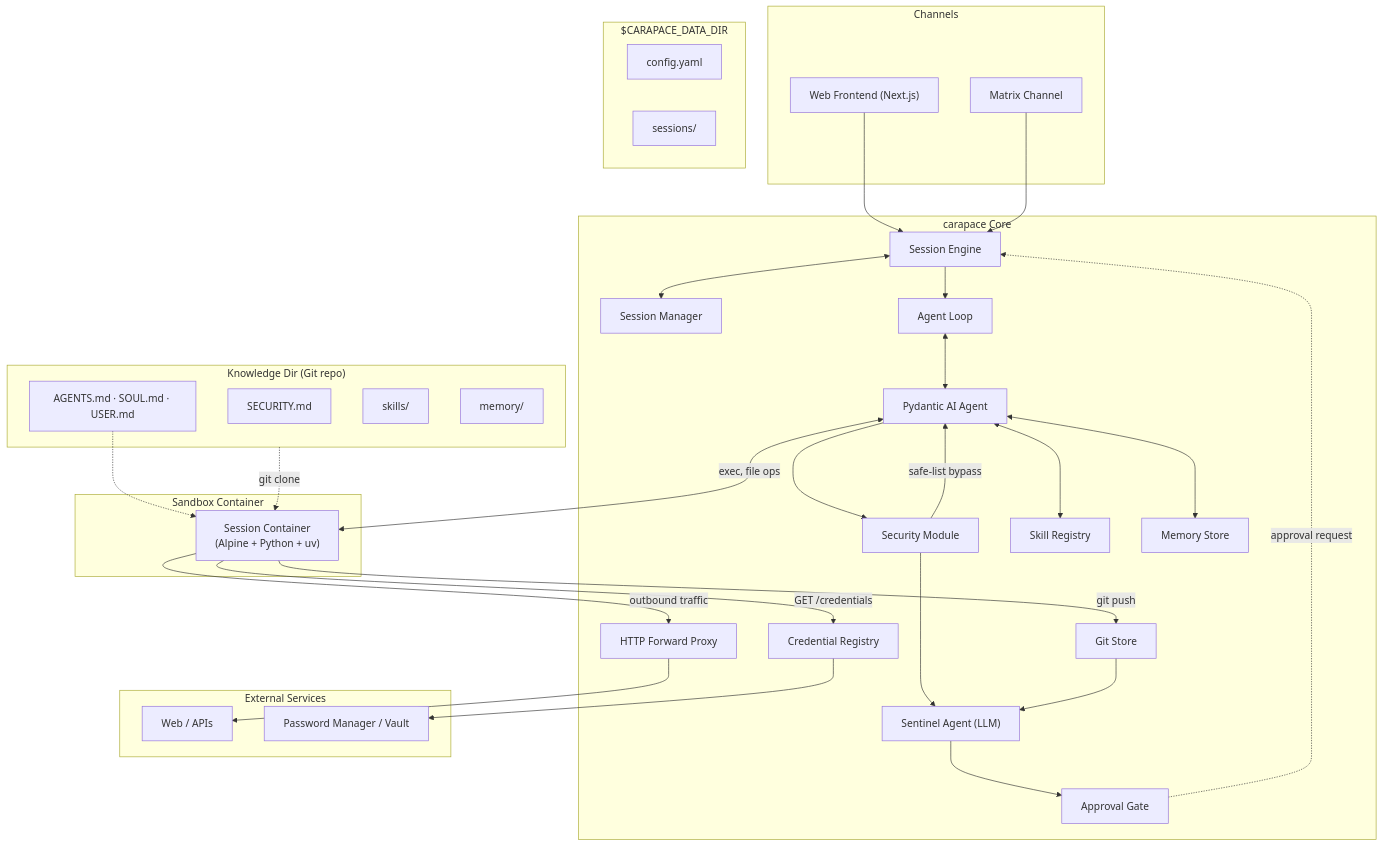
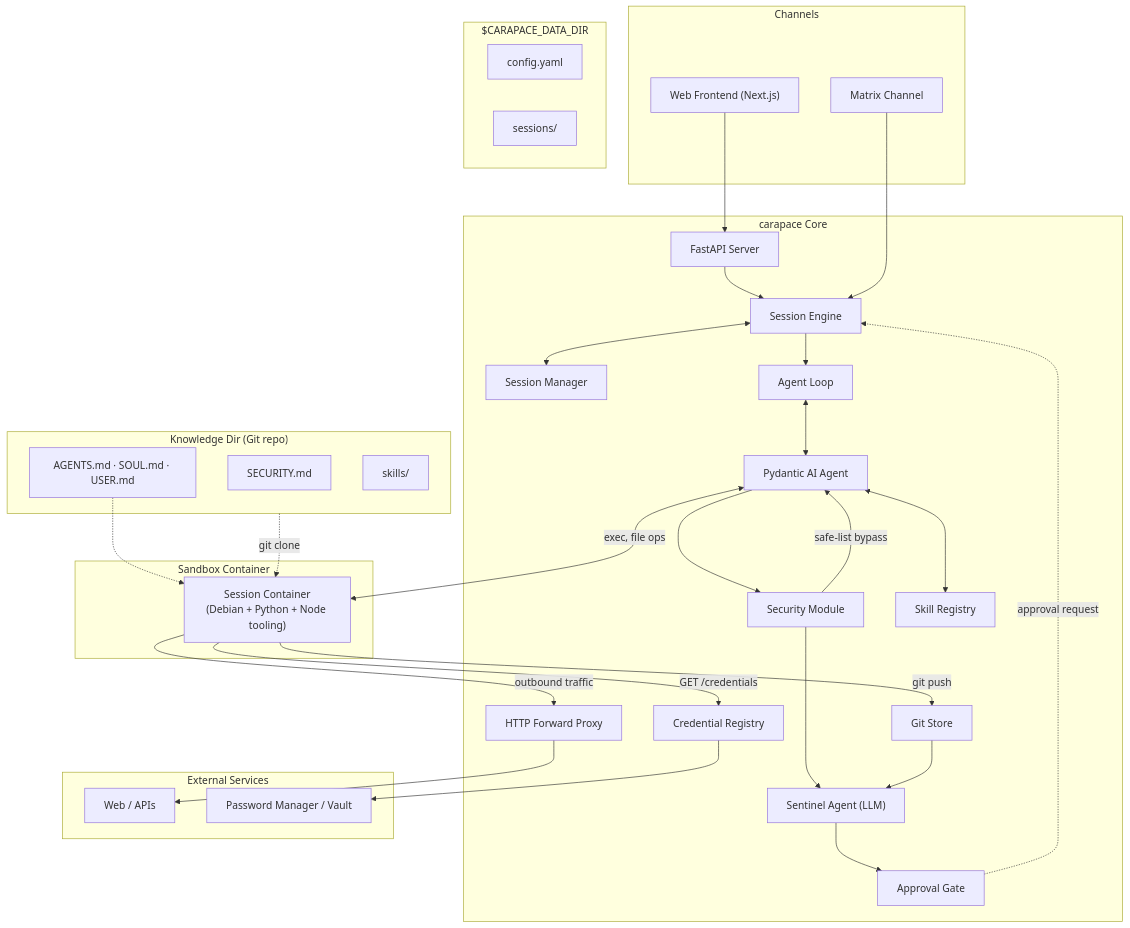
The first of 3 diagrams in docs/architecture.md (jkuball/carapace), drawn with Mermaid before and after one commit. The commit also changed other lines of this file and 18 other files, not shown here.

````diff
--- a/docs/architecture.md
+++ b/docs/architecture.md
@@ -7,66 +7,66 @@
 ```mermaid
 flowchart TB
     subgraph channels [Channels]
         WebUI["Web Frontend (Next.js)"]
         MatrixCh[Matrix Channel]
     end
 
     subgraph carapace [carapace Core]
+        Server[FastAPI Server]
         SessionEngine[Session Engine]
         SessionMgr[Session Manager]
         SecurityMod["Security Module"]
         Sentinel["Sentinel Agent (LLM)"]
         ApprovalGate[Approval Gate]
         AgentLoop[Agent Loop]
         Agent["Pydantic AI Agent"]
         SkillRegistry[Skill Registry]
-        MemoryStore[Memory Store]
         GitStore[Git Store]
         CredentialRegistry[Credential Registry]
         Proxy[HTTP Forward Proxy]
     end
 
     subgraph sandbox [Sandbox Container]
-        Container["Session Container<br/>(Alpine + Python + uv)"]
+        Container["Session Container<br/>(Debian + Python + Node tooling)"]
     end
 
     subgraph external [External Services]
         Web[Web / APIs]
         Vault[Password Manager / Vault]
     end
 
     subgraph datadir ["$CARAPACE_DATA_DIR"]
         Config[config.yaml]
         Sessions[sessions/]
     end
 
     subgraph knowledgedir ["Knowledge Dir (Git repo)"]
         SecurityPolicy[SECURITY.md]
         WorkspaceFiles["AGENTS.md · SOUL.md · USER.md"]
         Skills[skills/]
-        Memory[memory/]
     end
 
-    WebUI & MatrixCh --> SessionEngine
+    WebUI --> Server
+    Server --> SessionEngine
+    MatrixCh --> SessionEngine
     SessionEngine <--> SessionMgr
     SessionEngine --> AgentLoop
     AgentLoop <--> Agent
     Agent <--> SkillRegistry
-    Agent <--> MemoryStore
     Agent --> SecurityMod
     SecurityMod -->|safe-list bypass| Agent
     SecurityMod --> Sentinel
     Sentinel --> ApprovalGate
     ApprovalGate -.->|approval request| SessionEngine
 
     Agent <-->|exec, file ops| Container
     Container -->|outbound traffic| Proxy
     Proxy --> Web
     Container -->|git push| GitStore
     Container -->|GET /credentials| CredentialRegistry
     CredentialRegistry --> Vault
     GitStore --> Sentinel
 
     knowledgedir -.->|git clone| Container
     WorkspaceFiles -.-> Container
 ```
````
